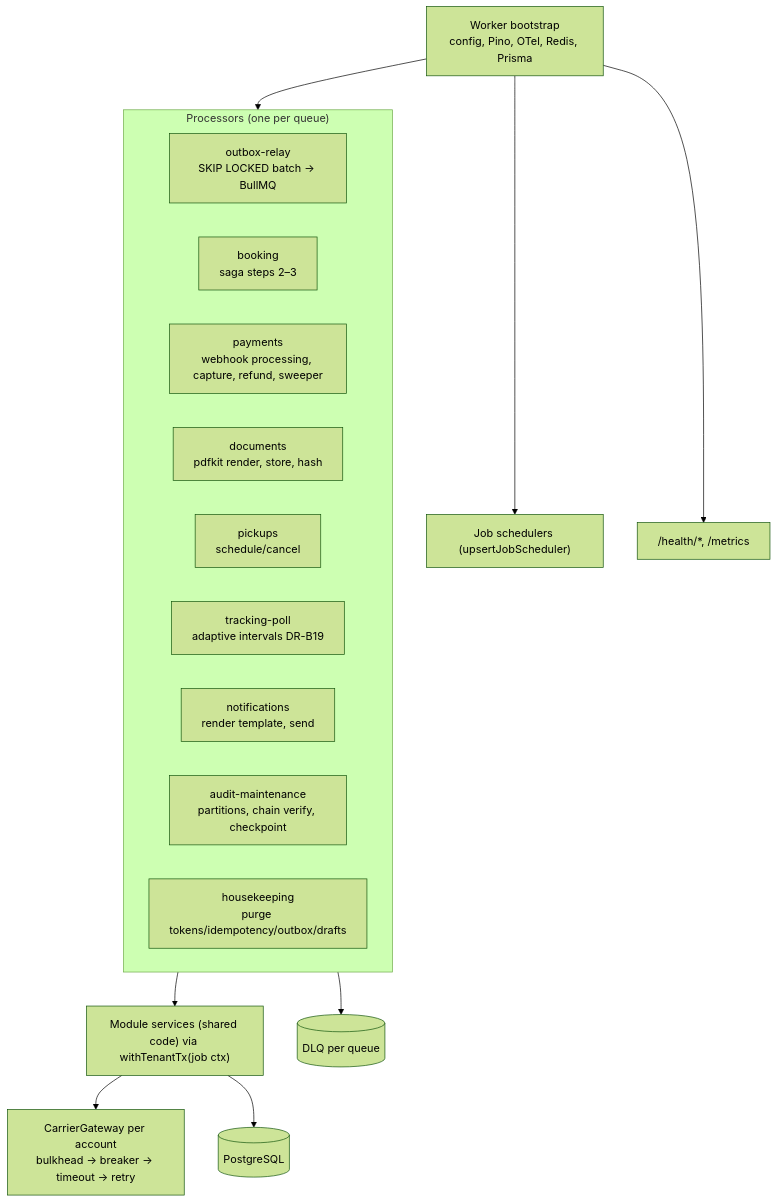
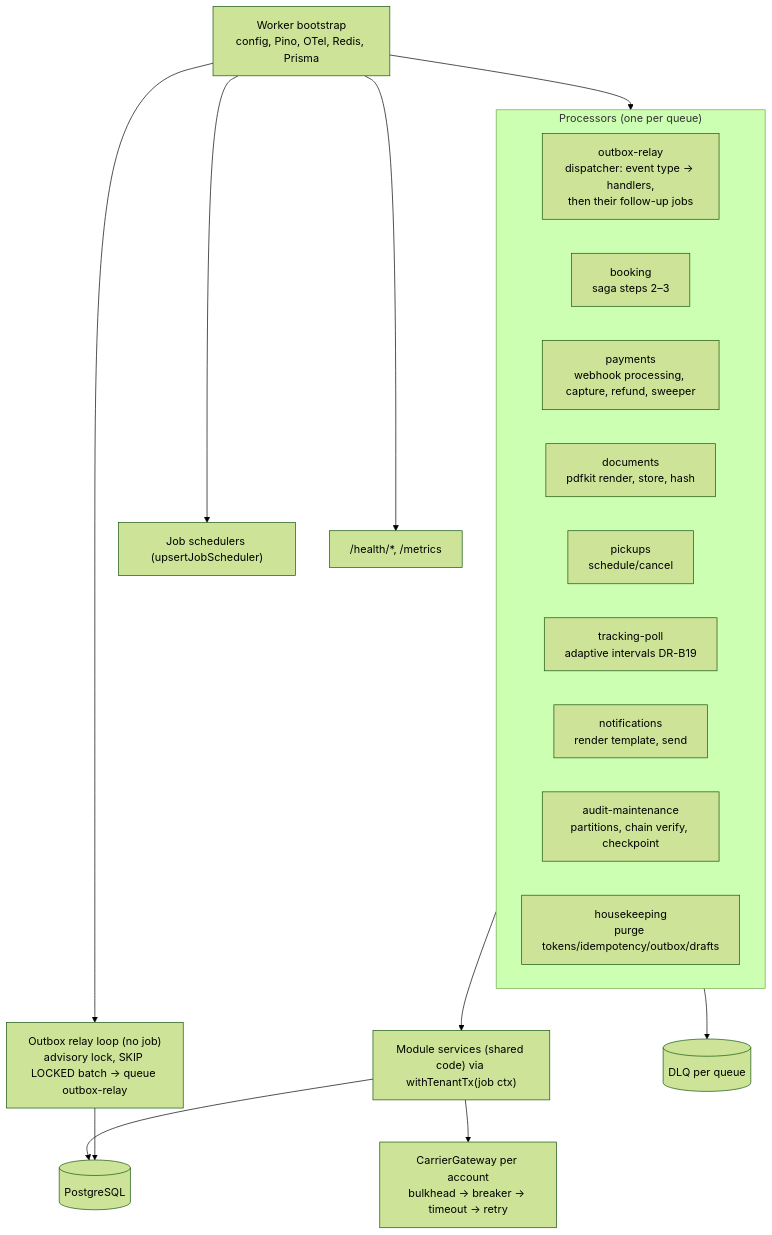
Before and after one commit to sukhchdit/shipcube: the fourth of 11 diagrams in docs/03-architecture/ARCHITECTURE.md, drawn with Mermaid (forest theme). The commit also changed other lines of this file and 8 other files, not shown here.

First line of the commit message:
docs(architecture): adr-0004 amendment 3 for the d-qg-002 conditions (d-arch-188..190)

````diff
--- a/docs/03-architecture/ARCHITECTURE.md
+++ b/docs/03-architecture/ARCHITECTURE.md
@@ -143,21 +143,23 @@
 ```mermaid
 flowchart TB
   boot["Worker bootstrap<br/>config, Pino, OTel, Redis, Prisma"] --> sched["Job schedulers (upsertJobScheduler)"]
+  boot --> rloop["Outbox relay loop (no job)<br/>advisory lock, SKIP LOCKED batch → queue outbox-relay"]
   boot --> procs
   subgraph procs["Processors (one per queue)"]
-    relay["outbox-relay<br/>SKIP LOCKED batch → BullMQ"]
+    relay["outbox-relay<br/>dispatcher: event type → handlers,<br/>then their follow-up jobs"]
     booking["booking<br/>saga steps 2–3"]
     pay["payments<br/>webhook processing, capture, refund, sweeper"]
     docs["documents<br/>pdfkit render, store, hash"]
     pick["pickups<br/>schedule/cancel"]
     track["tracking-poll<br/>adaptive intervals DR-B19"]
     notif["notifications<br/>render template, send"]
     maint["audit-maintenance<br/>partitions, chain verify, checkpoint"]
     house["housekeeping<br/>purge tokens/idempotency/outbox/drafts"]
   end
   procs --> svc["Module services (shared code) via withTenantTx(job ctx)"]
   svc --> gw["CarrierGateway per account<br/>bulkhead → breaker → timeout → retry"]
   svc --> pg[(PostgreSQL)]
+  rloop --> pg
   procs --> dlq[(DLQ per queue)]
   boot --> health["/health/*, /metrics"]
 ```
````
